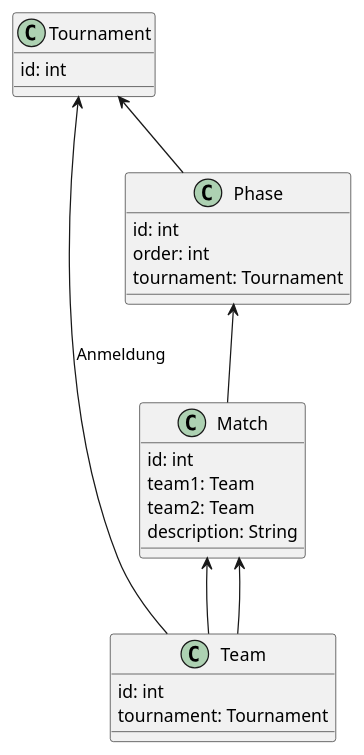
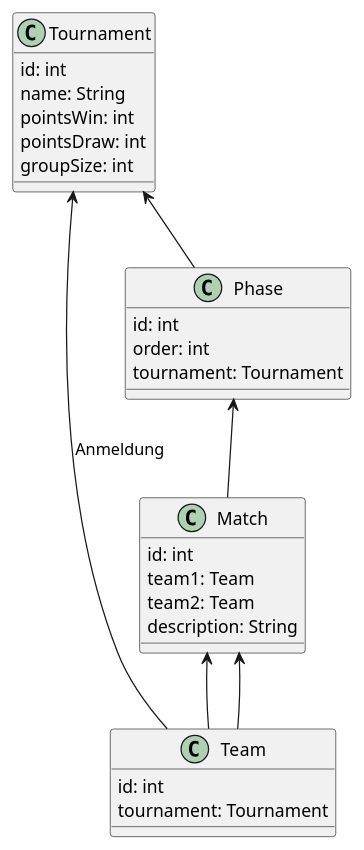
The first of 3 diagrams in asciidocs/index.adoc (1920-3ahitm-itp/02-project-repositories-tournamentmanagement), drawn with PlantUML before and after one commit. The commit also changed 7 other files, not shown here.

```diff
--- a/asciidocs/index.adoc
+++ b/asciidocs/index.adoc
@@ -10,29 +10,34 @@
 [plantuml,CLD,png]
 ----
 @startuml
 class Tournament {
   id: int
+  name: String
+  pointsWin: int
+  pointsDraw: int
+  groupSize: int
+
 }
 class Match {
   id: int
   team1: Team
   team2: Team
   description: String
 }
 class Team {
   id: int
   tournament: Tournament
 }
 class Phase{
   id: int
   order: int
   tournament: Tournament
 }
 
 Match <-- Team
 Match <-- Team
 Phase <-- Match
 Tournament <-- Phase
 Tournament <-- Team : Anmeldung
 @enduml
 ----
```
